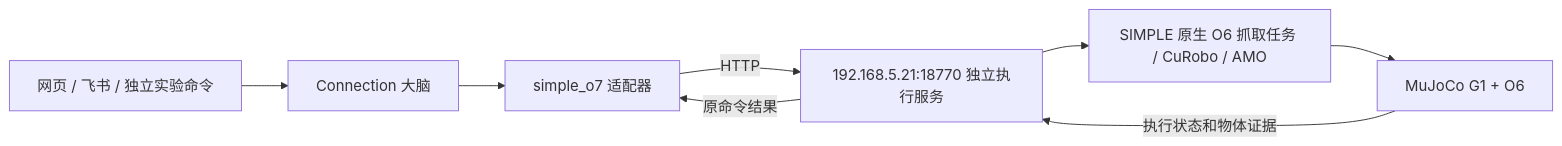
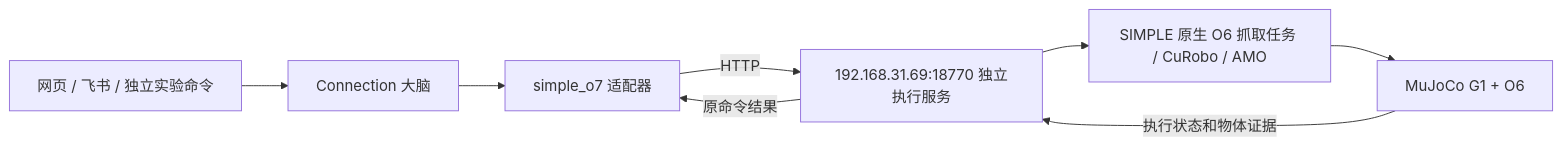
Before and after one commit to ForgeAI-Robotics/Connection: the first of 2 diagrams in docs/联调说明_SIMPLE_O7仿真.md, drawn with Mermaid. The commit also changed other lines of this file and 28 other files, not shown here.

````diff
--- a/docs/联调说明_SIMPLE_O7仿真.md
+++ b/docs/联调说明_SIMPLE_O7仿真.md
@@ -11,10 +11,10 @@
 ```mermaid
 flowchart LR
     A[网页 / 飞书 / 独立实验命令] --> B[Connection 大脑]
     B --> C[simple_o7 适配器]
-    C -->|HTTP| D[192.168.5.21:18770 独立执行服务]
+    C -->|HTTP| D[192.168.31.69:18770 独立执行服务]
     D --> E[SIMPLE 原生 O6 抓取任务 / CuRobo / AMO]
     E --> F[MuJoCo G1 + O6]
     F -->|执行状态和物体证据| D
     D -->|原命令结果| C
 ```
````
